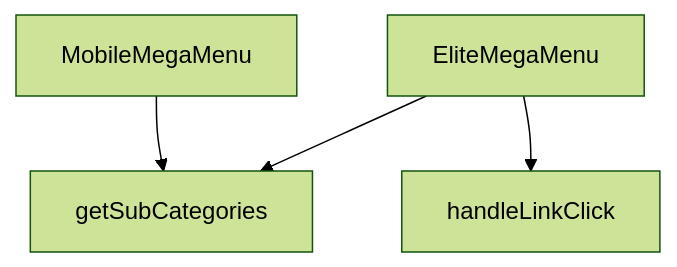
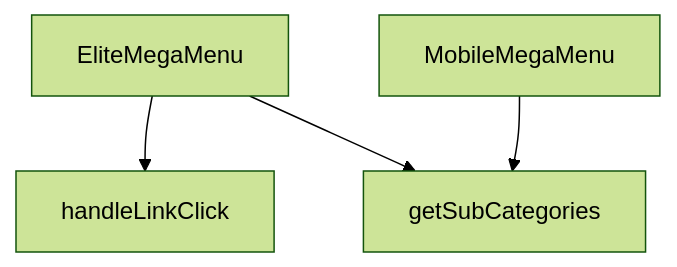
Before and after one commit to peckop/venthub-hvac-esite: the diagram in src/components/navigation/EliteMegaMenu.md, drawn with Mermaid (forest theme). The commit also changed other lines of this file and 80 other files, not shown here.

````diff
--- a/src/components/navigation/EliteMegaMenu.md
+++ b/src/components/navigation/EliteMegaMenu.md
@@ -142,10 +142,10 @@
 ```mermaid
 graph TD
     EliteMegaMenu_tsx__EliteMegaMenu["EliteMegaMenu"]
     EliteMegaMenu_tsx__MobileMegaMenu["MobileMegaMenu"]
     EliteMegaMenu_tsx__getSubCategories["getSubCategories"]
     EliteMegaMenu_tsx__handleLinkClick["handleLinkClick"]
     EliteMegaMenu_tsx__MobileMegaMenu --> EliteMegaMenu_tsx__getSubCategories
+    EliteMegaMenu_tsx__EliteMegaMenu --> EliteMegaMenu_tsx__handleLinkClick
     EliteMegaMenu_tsx__EliteMegaMenu --> EliteMegaMenu_tsx__getSubCategories
-    EliteMegaMenu_tsx__EliteMegaMenu --> EliteMegaMenu_tsx__handleLinkClick
 ```
````
